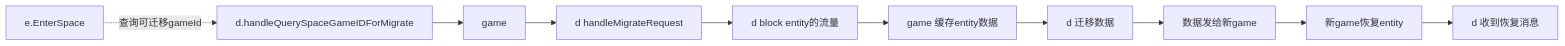
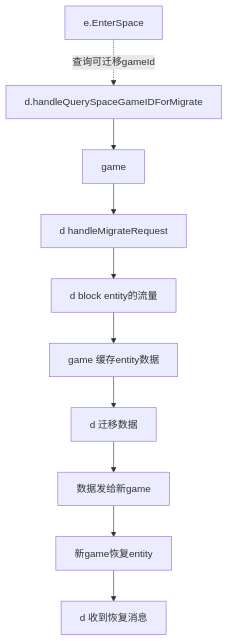
One commit to hammercui/book-list changed the second of 4 diagrams in 9.项目阅读笔记/4.3entity.md. Above: the diagram before and after it, drawn with Mermaid. The commit also changed other lines of this file and 3 other files, not shown here.

````diff
--- a/9.项目阅读笔记/4.3entity.md
+++ b/9.项目阅读笔记/4.3entity.md
@@ -22,12 +24,12 @@
 ```mermaid
-graph LR
+graph TB
     a[e.EnterSpace]-.查询可迁移gameId.->b[d.handleQuerySpaceGameIDForMigrate]
     b-->c[game]
     c-->d[d handleMigrateRequest]
     d-->e[d block entity的流量]
     e-->f[game 缓存entity数据]
     f-->g[d 迁移数据]
     g-->h[数据发给新game]
     h-->i[新game恢复entity]
     i-->j[d 收到恢复消息]
 ```
````
